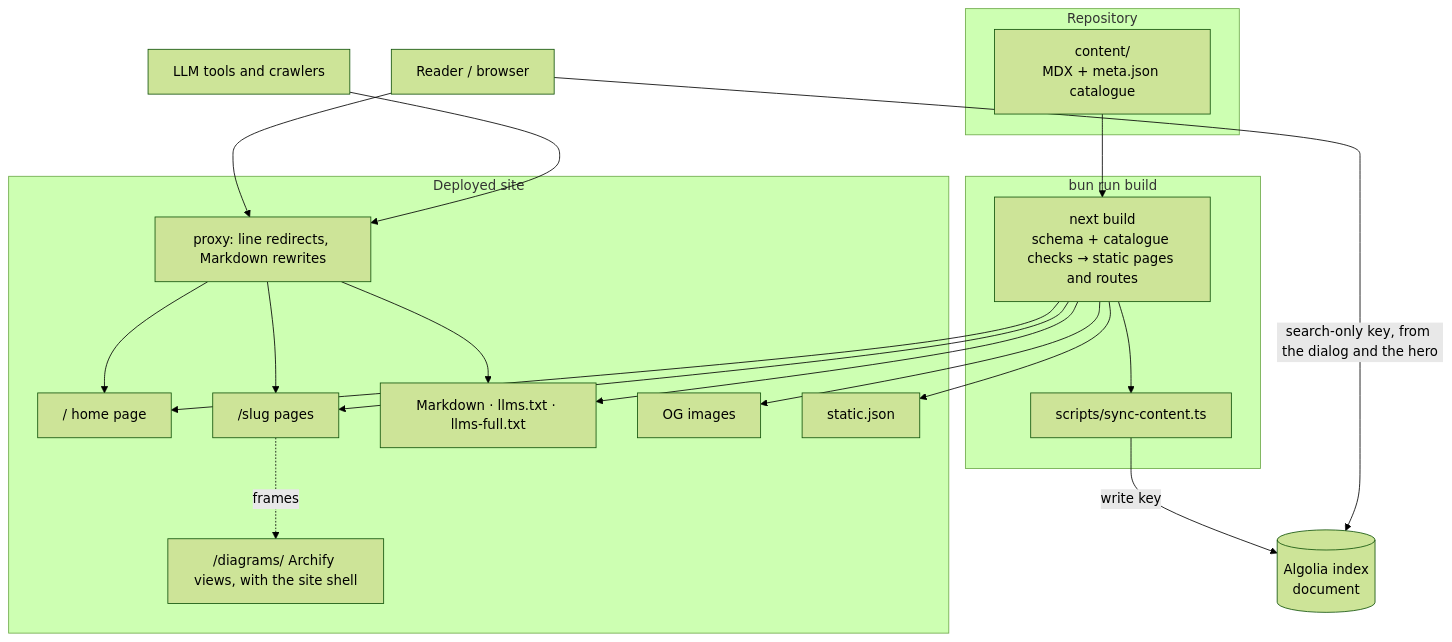
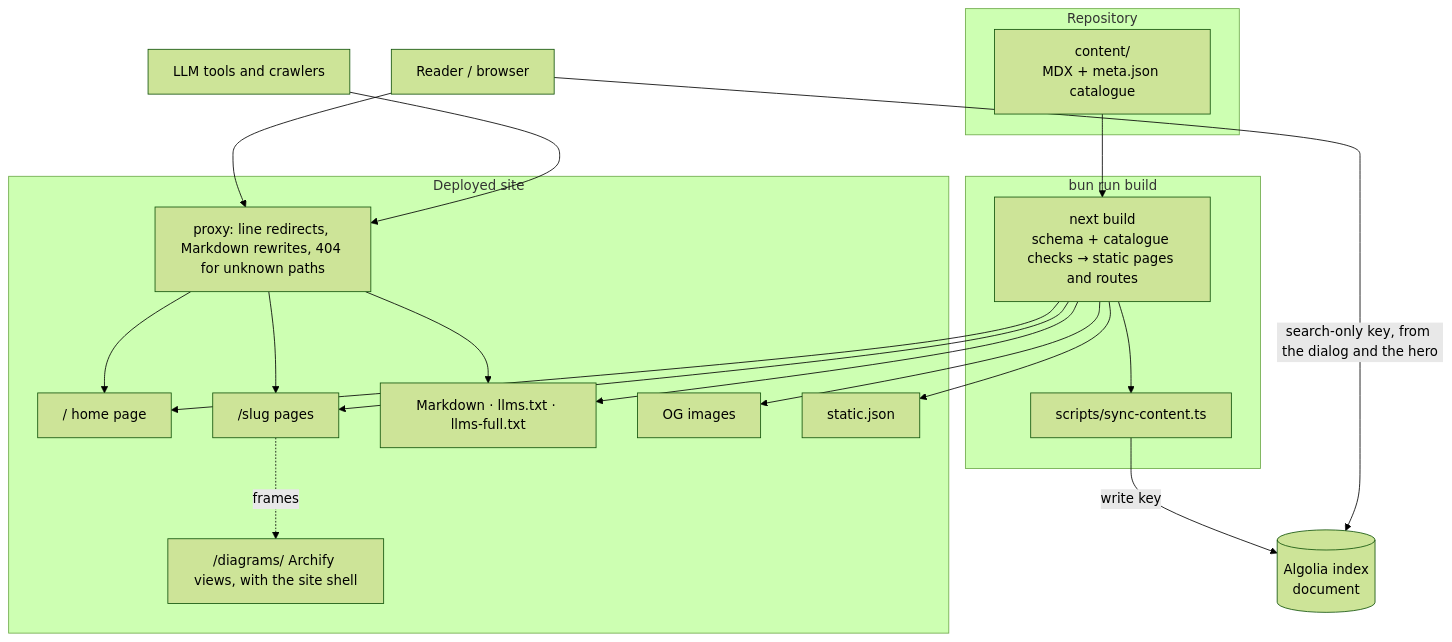
The diagram in content/docs/maintain/architecture/system.mdx (nepal-dev-com/docs.nepal-dev.com), drawn with Mermaid (forest theme) before and after one commit. The commit also changed other lines of this file and 20 other files, not shown here.

````diff
--- a/content/docs/maintain/architecture/system.mdx
+++ b/content/docs/maintain/architecture/system.mdx
@@ -123,29 +127,29 @@
 ```mermaid
 flowchart TB
   subgraph Repo["Repository"]
     CONTENT["content/<br/>MDX + meta.json catalogue"]
   end
   subgraph Build["bun run build"]
     NEXT["next build<br/>schema + catalogue checks → static pages and routes"]
     SYNC["scripts/sync-content.ts"]
   end
   subgraph Site["Deployed site"]
-    PROXY["proxy: line redirects, Markdown rewrites"]
+    PROXY["proxy: line redirects, Markdown rewrites, 404 for unknown paths"]
     HOME["/ home page"]
     PAGES["/slug pages"]
     MD["Markdown · llms.txt · llms-full.txt"]
     OG["OG images"]
     DIAG["/diagrams/ Archify views, with the site shell"]
     REC["static.json"]
   end
   ALG[("Algolia index<br/>document")]
   Reader["Reader / browser"]
   Bot["LLM tools and crawlers"]
 
   CONTENT --> NEXT --> HOME & PAGES & MD & OG & REC
   NEXT --> SYNC -->|write key| ALG
   Reader --> PROXY --> HOME & PAGES
   Reader -->|search-only key, from the dialog and the hero| ALG
   Bot --> PROXY --> MD
   PAGES -.->|frames| DIAG
 ```
````
